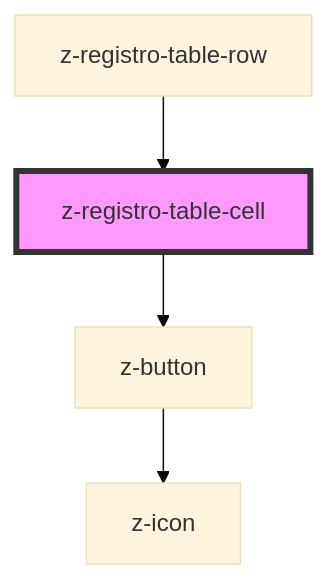
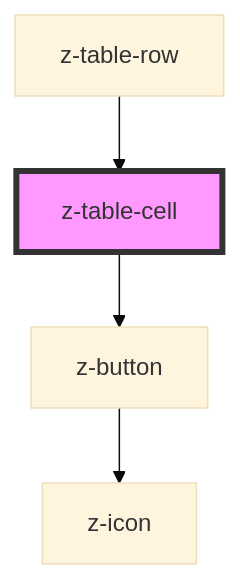
One commit to ZanichelliEditore/design-system changed the diagram in src/components/z-table/z-table-cell/readme.md. Above: the diagram before and after it, drawn with Mermaid (base theme). The commit also changed other lines of this file and 10 other files, not shown here.

````diff
--- a/src/components/z-table/z-table-cell/readme.md
+++ b/src/components/z-table/z-table-cell/readme.md
@@ -30,7 +30,7 @@
 ```mermaid
 graph TD;
-  z-registro-table-cell --> z-button
+  z-table-cell --> z-button
   z-button --> z-icon
-  z-registro-table-row --> z-registro-table-cell
-  style z-registro-table-cell fill:#f9f,stroke:#333,stroke-width:4px
+  z-table-row --> z-table-cell
+  style z-table-cell fill:#f9f,stroke:#333,stroke-width:4px
 ```
````
